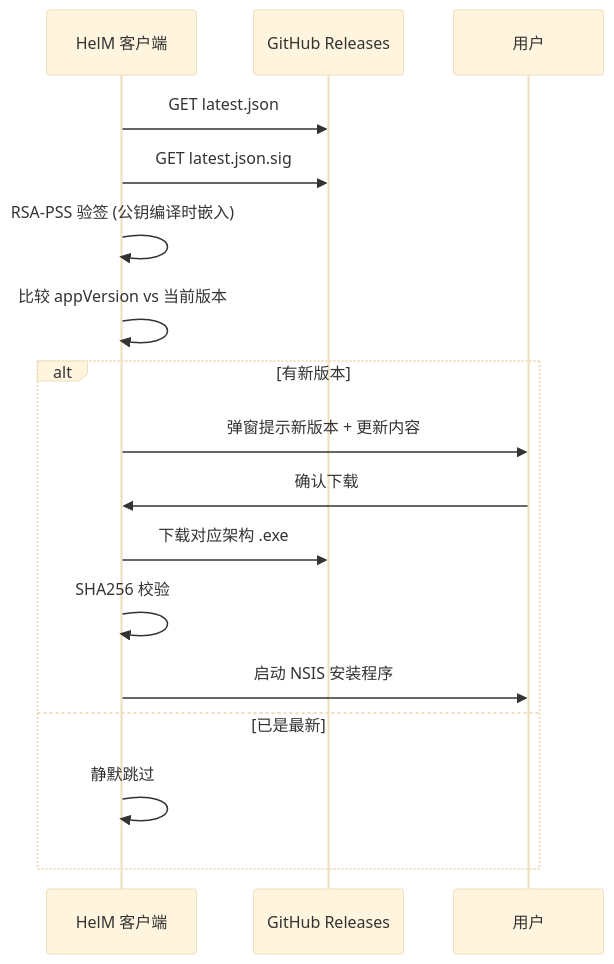
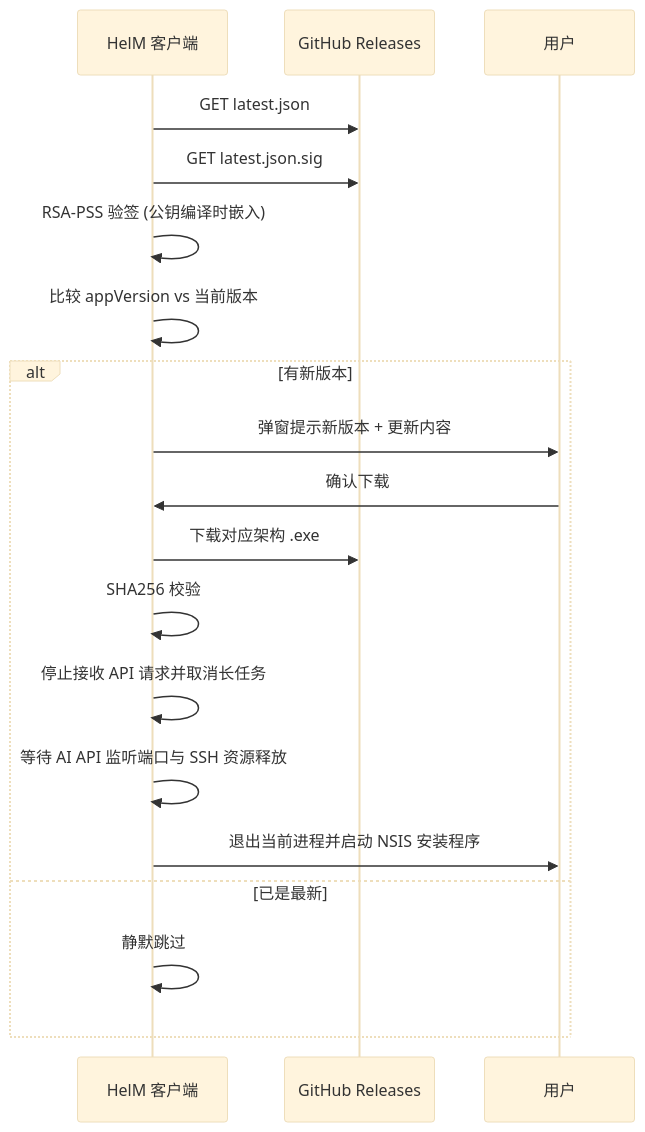
One commit to lookfeeb/Hlem_SSH changed diagram 12 of 15 in README.md. Above: the diagram before and after it, drawn with Mermaid (base theme). The commit also changed other lines of this file and 56 other files, not shown here.

````diff
--- a/README.md
+++ b/README.md
@@ -535,21 +669,23 @@
 ```mermaid
 sequenceDiagram
     participant App as HelM 客户端
     participant GH as GitHub Releases
     participant User as 用户
 
     App->>GH: GET latest.json
     App->>GH: GET latest.json.sig
     App->>App: RSA-PSS 验签 (公钥编译时嵌入)
     App->>App: 比较 appVersion vs 当前版本
 
     alt 有新版本
         App->>User: 弹窗提示新版本 + 更新内容
         User->>App: 确认下载
         App->>GH: 下载对应架构 .exe
         App->>App: SHA256 校验
-        App->>User: 启动 NSIS 安装程序
+        App->>App: 停止接收 API 请求并取消长任务
+        App->>App: 等待 AI API 监听端口与 SSH 资源释放
+        App->>User: 退出当前进程并启动 NSIS 安装程序
     else 已是最新
         App->>App: 静默跳过
     end
 ```
````
